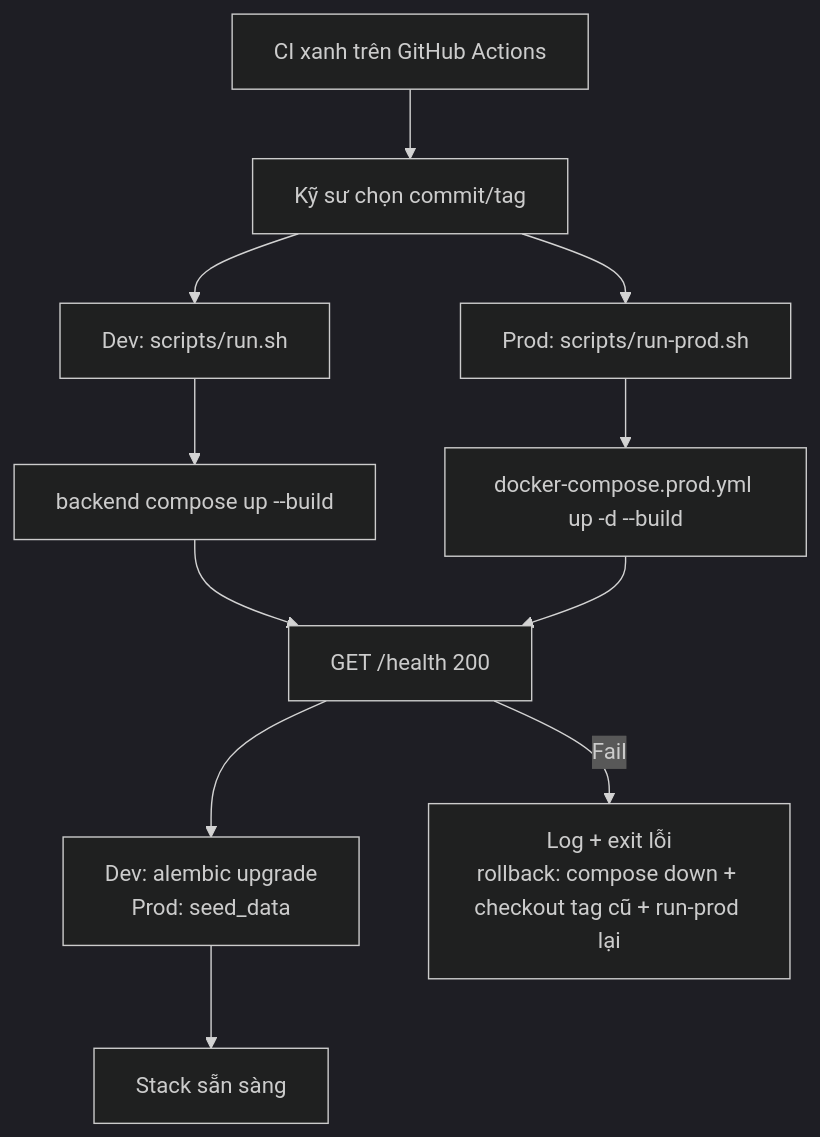
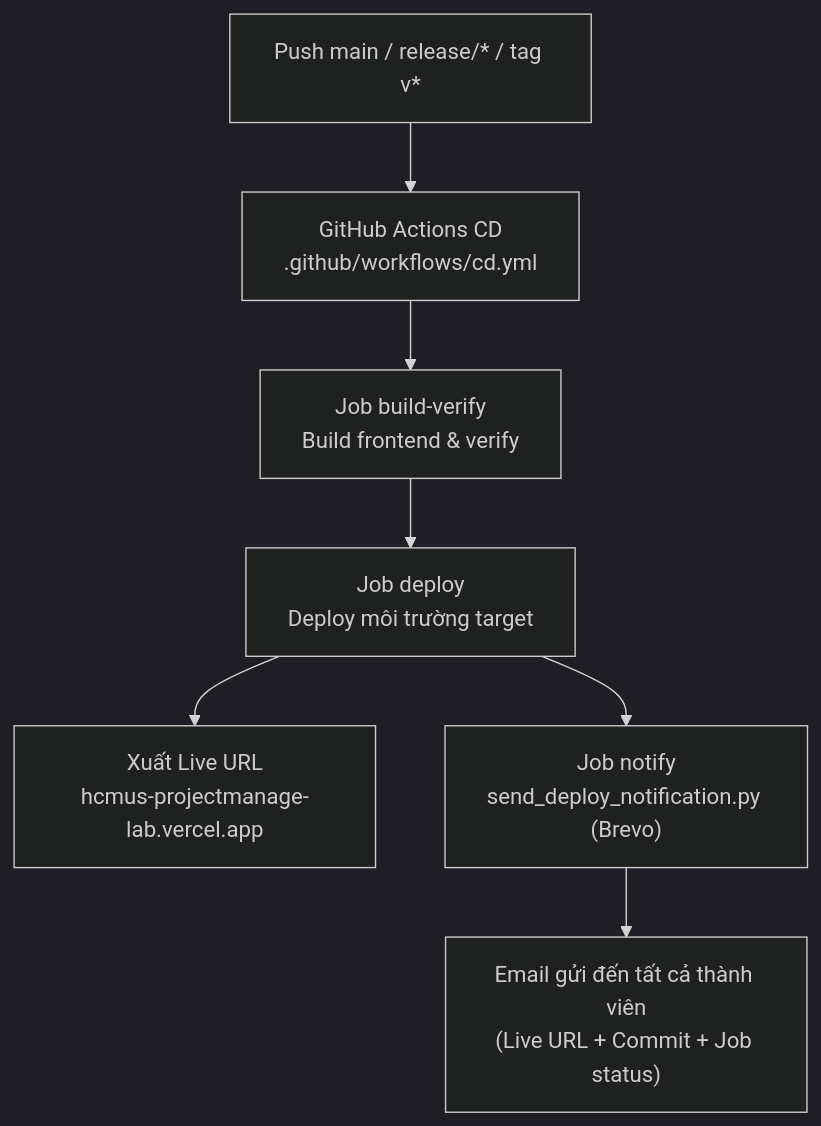
The second of 4 diagrams in final-exam/preparation/5_CICD_DevOps_Testing/README.md (se-bros/hcmus-projectmanage--lab), drawn with Mermaid (dark theme) before and after one commit. The commit also changed other lines of this file and 3 other files, not shown here.

Commit message:
feat(cd): add cd.yml workflow with deployment url and email notification

````diff
--- a/final-exam/preparation/5_CICD_DevOps_Testing/README.md
+++ b/final-exam/preparation/5_CICD_DevOps_Testing/README.md
@@ -93,13 +94,9 @@
 ```mermaid
 flowchart TD
-    CI["CI xanh trên GitHub Actions"] --> Human["Kỹ sư chọn commit/tag"]
-    Human --> DevDeploy["Dev: scripts/run.sh"]
-    Human --> ProdLike["Prod: scripts/run-prod.sh"]
-    DevDeploy --> Up1["backend compose up --build"]
-    ProdLike --> Up2["docker-compose.prod.yml up -d --build"]
-    Up1 --> Health["GET /health 200"]
-    Up2 --> Health
-    Health --> Post["Dev: alembic upgrade<br/>Prod: seed_data"]
-    Post --> Ready["Stack sẵn sàng"]
-    Health -->|Fail| Stop["Log + exit lỗi<br/>rollback: compose down + checkout tag cũ + run-prod lại"]
+    Git["Push main / release/* / tag v*"] --> CD["GitHub Actions CD<br/>.github/workflows/cd.yml"]
+    CD --> Build["Job build-verify<br/>Build frontend & verify"]
+    Build --> Deploy["Job deploy<br/>Deploy môi trường target"]
+    Deploy --> URL["Xuất Live URL<br/>hcmus-projectmanage-lab.vercel.app"]
+    Deploy --> Mail["Job notify<br/>send_deploy_notification.py (Brevo)"]
+    Mail --> Inbox["Email gửi đến tất cả thành viên<br/>(Live URL + Commit + Job status)"]
 ```
````
